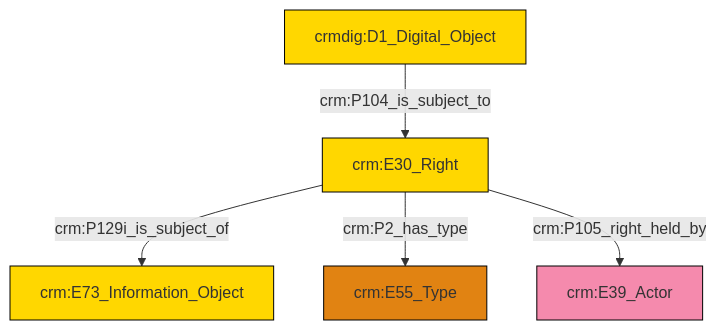
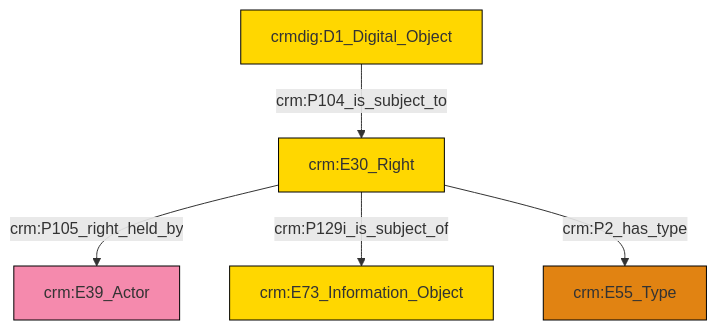
Before and after one commit to swiss-art-research-net/reference-data-models: the diagram in et/doCSV/ttl/mmd/do_rights.ttl.mmd, drawn with Mermaid. The commit also changed 126 other files, not shown here.

```diff
--- a/et/doCSV/ttl/mmd/do_rights.ttl.mmd
+++ b/et/doCSV/ttl/mmd/do_rights.ttl.mmd
@@ -1,19 +1,19 @@
 graph TD
 classDef Literal fill:#f2f2f2,stroke:#000000;
 classDef CRM_Entity fill:#FFFFFF,stroke:#000000;
 classDef Temporal_Entity fill:#00C9E6, stroke:#000000;
 classDef Type fill:#E18312, stroke:#000000;
 classDef Time-Span fill:#2C9C91, stroke:#000000;
 classDef Appellation fill:#FFEB7F, stroke:#000000;
 classDef Place fill:#008836, stroke:#000000;
 classDef Persistent_Item fill:#B266B2, stroke:#000000;
 classDef Conceptual_Object fill:#FFD700, stroke:#000000;
 classDef Physical_Thing fill:#D2B48C, stroke:#000000;
 classDef Actor fill:#f58aad, stroke:#000000;
 classDef PC_Classes fill:#4ce600, stroke:#000000;
 classDef Multi fill:#cccccc,stroke:#000000;
 
-0["crm:E30_Right"]:::Conceptual_Object -->|crm:P129i_is_subject_of| 2["crm:E73_Information_Object"]:::Conceptual_Object
-0["crm:E30_Right"]:::Conceptual_Object -->|crm:P2_has_type| 3["crm:E55_Type"]:::Type
-5["crmdig:D1_Digital_Object"]:::Conceptual_Object -->|crm:P104_is_subject_to| 0["crm:E30_Right"]:::Conceptual_Object
-0["crm:E30_Right"]:::Conceptual_Object -->|crm:P105_right_held_by| 7["crm:E39_Actor"]:::Actor
+0["crm:E30_Right"]:::Conceptual_Object -->|crm:P105_right_held_by| 2["crm:E39_Actor"]:::Actor
+3["crmdig:D1_Digital_Object"]:::Conceptual_Object -->|crm:P104_is_subject_to| 0["crm:E30_Right"]:::Conceptual_Object
+0["crm:E30_Right"]:::Conceptual_Object -->|crm:P129i_is_subject_of| 5["crm:E73_Information_Object"]:::Conceptual_Object
+0["crm:E30_Right"]:::Conceptual_Object -->|crm:P2_has_type| 7["crm:E55_Type"]:::Type
```
